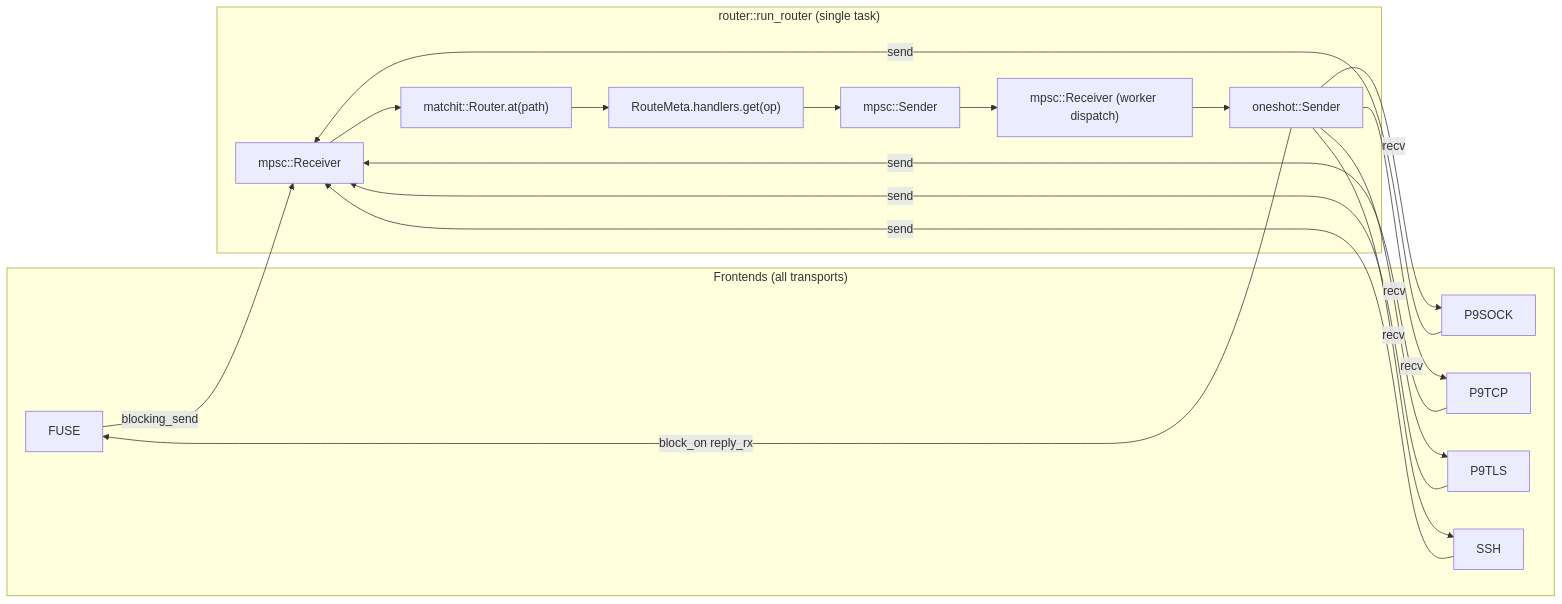
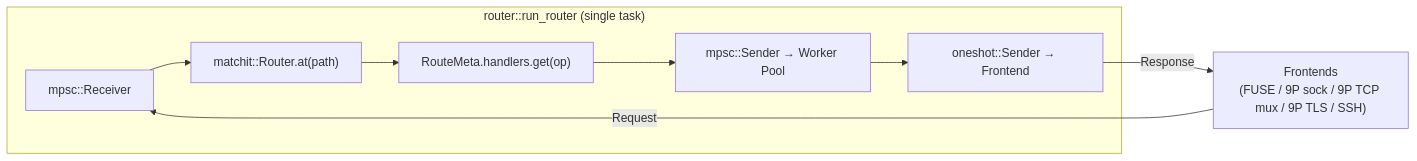
Before and after one commit to bubblegutz/pinhead: the second of 9 diagrams in docs/ARCHITECTURE.md, drawn with Mermaid. The commit also changed other lines of this file, not shown here.

````diff
--- a/docs/ARCHITECTURE.md
+++ b/docs/ARCHITECTURE.md
@@ -63,27 +63,11 @@
 ```mermaid
 flowchart LR
-    subgraph Frontends["Frontends (all transports)"]
-        FUSE
-        P9SOCK
-        P9TCP
-        P9TLS
-        SSH
-    end
     subgraph Router["router::run_router (single task)"]
         RX["mpsc::Receiver<Request>"] --> MATCH["matchit::Router.at(path)"]
         MATCH --> HLOOKUP["RouteMeta.handlers.get(op)"]
-        HLOOKUP --> HREQ["mpsc::Sender<HandlerRequest>"]
-        HREQ --> WRX["mpsc::Receiver (worker dispatch)"]
-        WRX --> ONESHOT["oneshot::Sender<Response>"]
+        HLOOKUP --> HREQ["mpsc::Sender<HandlerRequest> → Worker Pool"]
+        HREQ --> ONESHOT["oneshot::Sender<Response> → Frontend"]
     end
-    FUSE -->|blocking_send| RX
-    P9SOCK -->|send| RX
-    P9TCP -->|send| RX
-    P9TLS -->|send| RX
-    SSH -->|send| RX
-    ONESHOT -->|block_on reply_rx| FUSE
-    ONESHOT -->|recv| P9SOCK
-    ONESHOT -->|recv| P9TCP
-    ONESHOT -->|recv| P9TLS
-    ONESHOT -->|recv| SSH
+    FRONT["Frontends\n(FUSE / 9P sock / 9P TCP mux / 9P TLS / SSH)"] -->|Request| RX
+    ONESHOT -->|Response| FRONT
 ```
````
